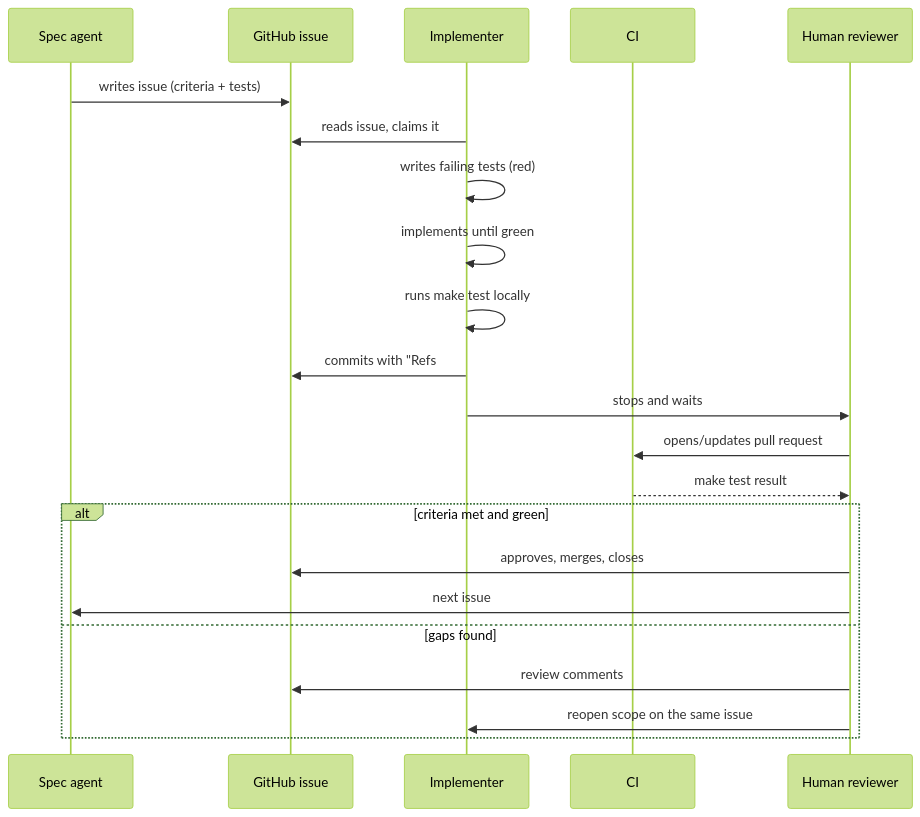
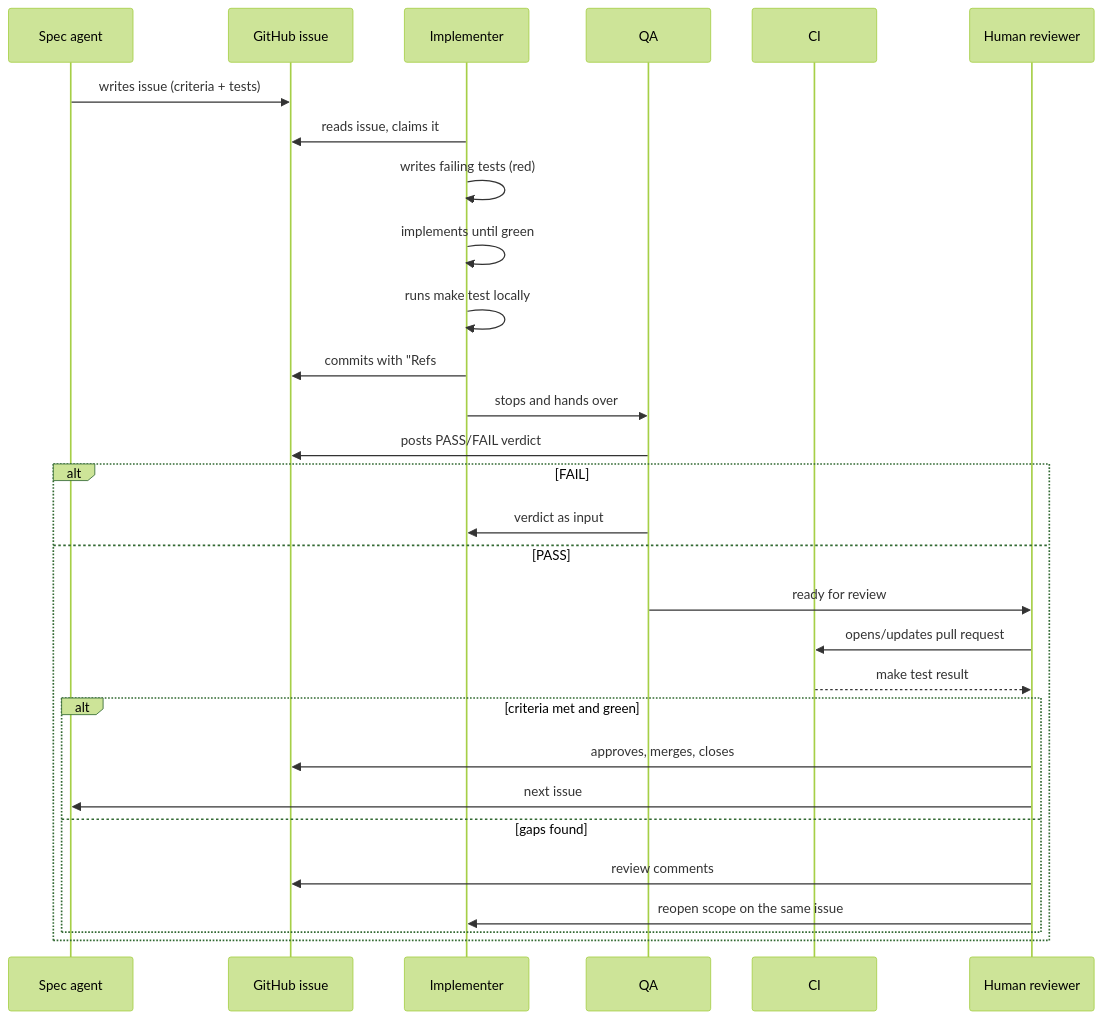
One commit to KushagraPan/Metal-Ops changed the diagram in _docs/agent-team.md. Above: the diagram before and after it, drawn with Mermaid (forest theme). The commit also changed other lines of this file and 3 other files, not shown here.

````diff
--- a/_docs/agent-team.md
+++ b/_docs/agent-team.md
@@ -29,25 +30,32 @@
 ```mermaid
 sequenceDiagram
     participant S as Spec agent
     participant T as GitHub issue
     participant I as Implementer
+    participant Q as QA
     participant CI as CI
     participant R as Human reviewer
 
     S->>T: writes issue (criteria + tests)
     I->>T: reads issue, claims it
     I->>I: writes failing tests (red)
     I->>I: implements until green
     I->>I: runs make test locally
     I->>T: commits with "Refs #N", comments summary
-    I->>R: stops and waits
-    R->>CI: opens/updates pull request
-    CI-->>R: make test result
-    alt criteria met and green
-        R->>T: approves, merges, closes
-        R->>S: next issue
-    else gaps found
-        R->>T: review comments
-        R->>I: reopen scope on the same issue
+    I->>Q: stops and hands over
+    Q->>T: posts PASS/FAIL verdict
+    alt FAIL
+        Q->>I: verdict as input
+    else PASS
+        Q->>R: ready for review
+        R->>CI: opens/updates pull request
+        CI-->>R: make test result
+        alt criteria met and green
+            R->>T: approves, merges, closes
+            R->>S: next issue
+        else gaps found
+            R->>T: review comments
+            R->>I: reopen scope on the same issue
+        end
     end
 ```
````
